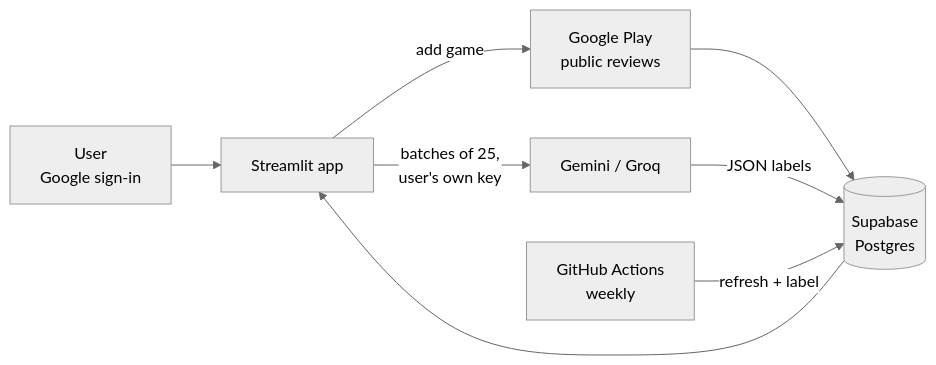
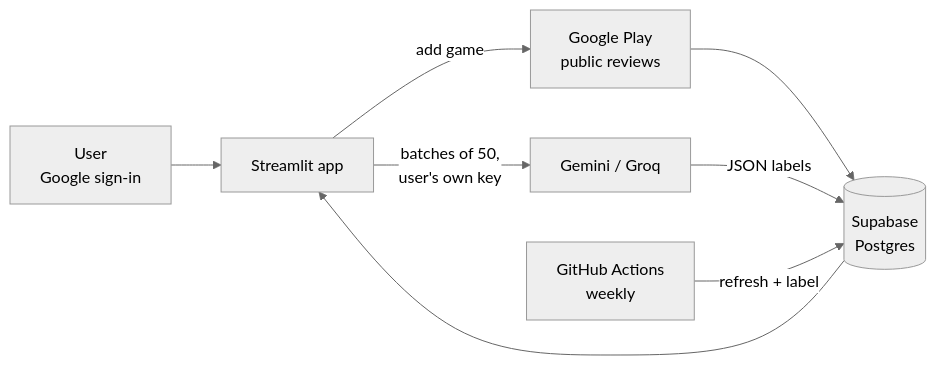
The diagram in README.md (bugracamci/game-review-analyzer), drawn with Mermaid (neutral theme) before and after one commit. The commit also changed other lines of this file and 28 other files, not shown here.

````diff
--- a/README.md
+++ b/README.md
@@ -70,10 +73,10 @@
 ```mermaid
 flowchart LR
     U[User<br>Google sign-in] --> S[Streamlit app]
     S -->|add game| GP[Google Play<br>public reviews]
-    S -->|batches of 25,<br>user's own key| LLM[Gemini / Groq]
+    S -->|batches of 50,<br>user's own key| LLM[Gemini / Groq]
     GP --> DB[(Supabase<br>Postgres)]
     LLM -->|JSON labels| DB
     DB --> S
     GH[GitHub Actions<br>weekly] -->|refresh + label| DB
 ```
````
